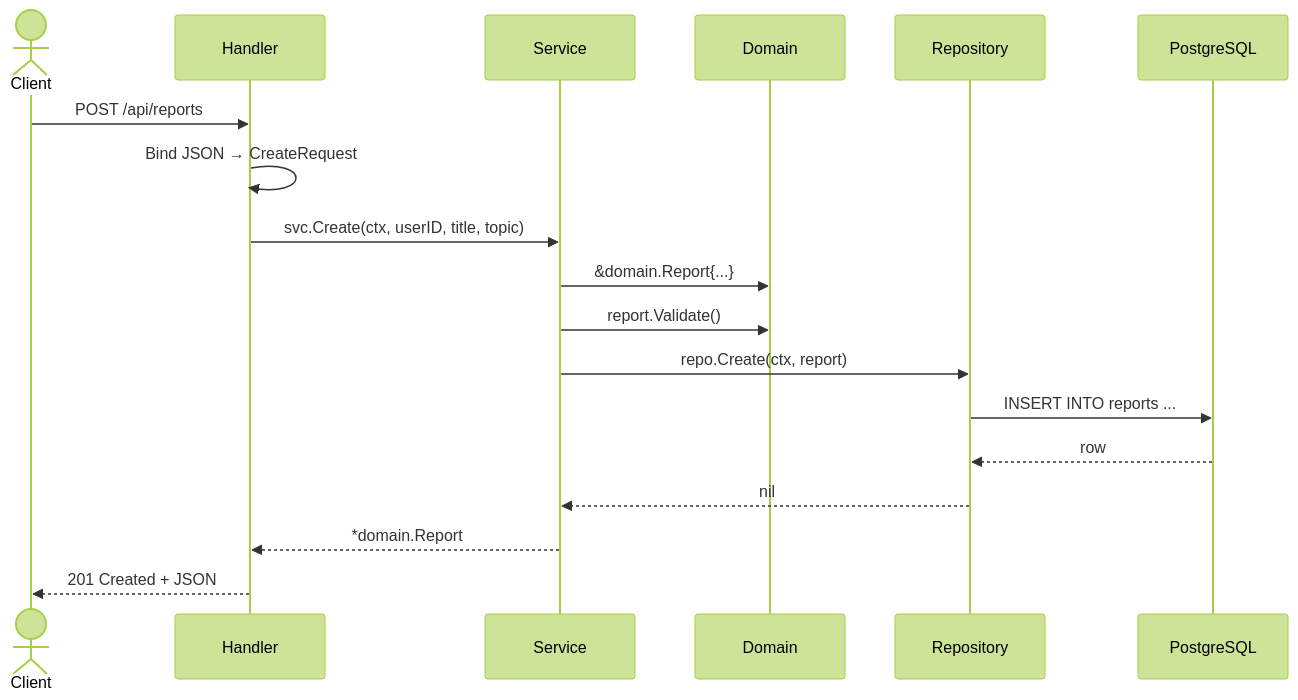
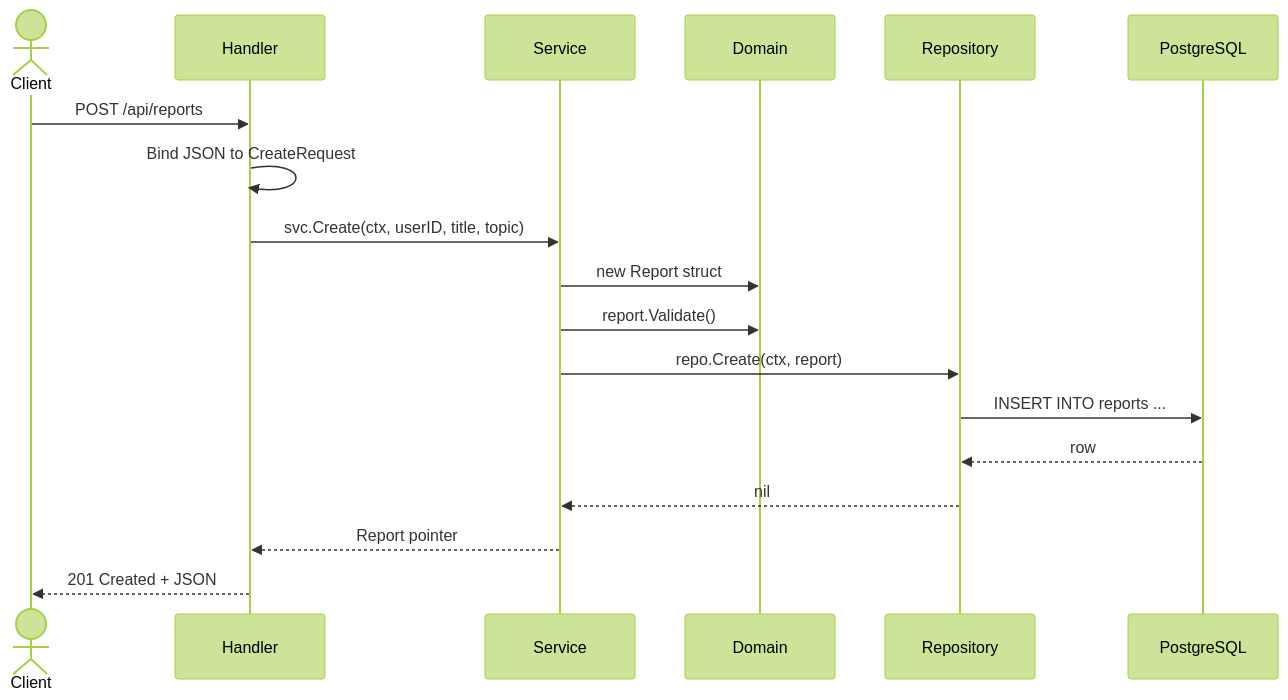
One commit to ileego/go_react_ai changed the second of 2 diagrams in book/ch03.md. Above: the diagram before and after it, drawn with Mermaid (forest theme). The commit also changed other lines of this file and 2 other files, not shown here.

First line of the commit message:
fix(ch03): 修复Mermaid图语法，补全OpenAPI示例和遗漏的配置文件

````diff
--- a/book/ch03.md
+++ b/book/ch03.md
@@ -339,21 +339,21 @@
 ```mermaid
 sequenceDiagram
     actor Client
     participant H as Handler
     participant S as Service
     participant D as Domain
     participant R as Repository
     participant DB as PostgreSQL
 
     Client->>H: POST /api/reports
-    H->>H: Bind JSON → CreateRequest
+    H->>H: Bind JSON to CreateRequest
     H->>S: svc.Create(ctx, userID, title, topic)
-    S->>D: &domain.Report{...}
+    S->>D: new Report struct
     S->>D: report.Validate()
     S->>R: repo.Create(ctx, report)
     R->>DB: INSERT INTO reports ...
     DB-->>R: row
     R-->>S: nil
-    S-->>H: *domain.Report
+    S-->>H: Report pointer
     H-->>Client: 201 Created + JSON
 ```
````
